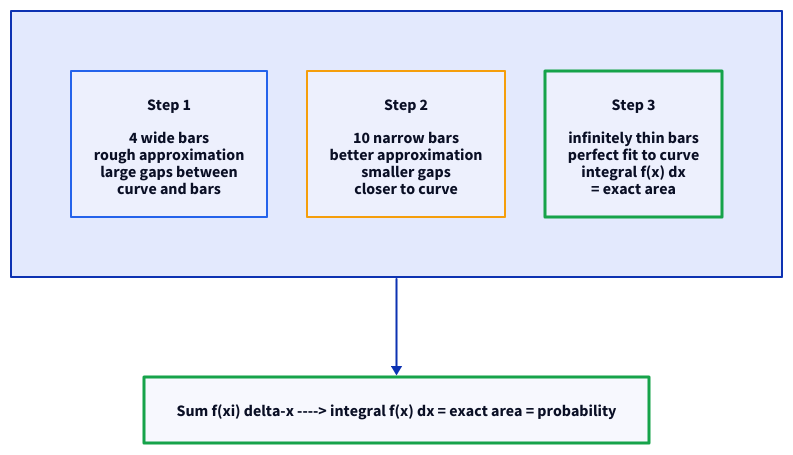
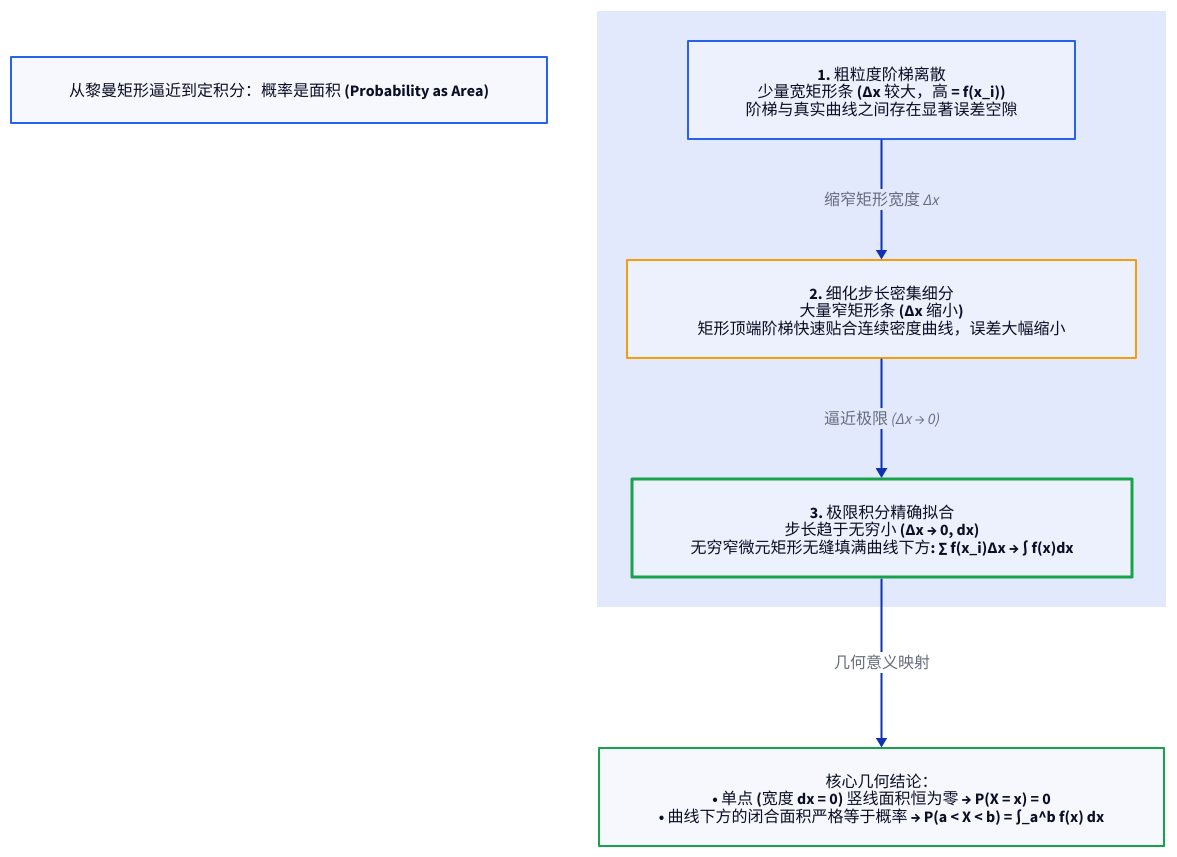
Before and after one commit to 111qqz/111qqz.github.io: the diagram in images/pdf-is-not-probability/rectangles-to-integral.d2, drawn with D2. The commit also changed 512 other files, not shown here.

Commit message:
fix(images): 同步概率密度配图精简并更新图片清册 111qqz/hugo-blog@1e605b2ee9908b4a5846f8919189ce75324d62b7

```diff
--- a/images/pdf-is-not-probability/rectangles-to-integral.d2
+++ b/images/pdf-is-not-probability/rectangles-to-integral.d2
@@ -1,32 +1,40 @@
 direction: down
 
-progression: "" {
-  label: ""
-  grid-columns: 3
+title: "从黎曼矩形逼近到定积分：概率是面积 (Probability as Area)" {
+  style.bold: true
+  style.stroke-width: 2
+  style.stroke: "#2563eb"
+}
 
-  s1: "Step 1\n\n4 wide bars\nrough approximation\nlarge gaps between\ncurve and bars" {
+stages: "" {
+  direction: down
+  style.stroke: transparent
+
+  step1: "1. 粗粒度阶梯离散\n少量宽矩形条 (Δx 较大，高 = f(x_i))\n阶梯与真实曲线之间存在显著误差空隙" {
     style.stroke: "#2563eb"
     style.stroke-width: 2
-    style.bold: true
   }
 
-  s2: "Step 2\n\n10 narrow bars\nbetter approximation\nsmaller gaps\ncloser to curve" {
+  step2: "2. 细化步长密集细分\n大量窄矩形条 (Δx 缩小)\n矩形顶端阶梯快速贴合连续密度曲线，误差大幅缩小" {
     style.stroke: "#f59e0b"
     style.stroke-width: 2
     style.bold: true
   }
 
-  s3: "Step 3\n\ninfinitely thin bars\nperfect fit to curve\nintegral f(x) dx\n= exact area" {
+  step3: "3. 极限积分精确拟合\n步长趋于无穷小 (Δx → 0, dx)\n无穷窄微元矩形无缝填满曲线下方: ∑ f(x_i)Δx → ∫ f(x)dx" {
     style.stroke: "#16a34a"
     style.stroke-width: 3
     style.bold: true
   }
+
+  step1 -> step2: "缩窄矩形宽度 Δx"
+  step2 -> step3: "逼近极限 (Δx → 0)"
 }
 
-progression -> conclusion
-
-conclusion: "Sum f(xi) delta-x    ---->    integral f(x) dx = exact area = probability" {
+core_insight: "核心几何结论：\n• 单点 (宽度 dx = 0) 竖线面积恒为零 → P(X = x) = 0\n• 曲线下方的闭合面积严格等于概率 → P(a < X < b) = ∫_a^b f(x) dx" {
   style.stroke: "#16a34a"
-  style.stroke-width: 3
+  style.stroke-width: 2
   style.bold: true
 }
+
+stages.step3 -> core_insight: "几何意义映射"
```
